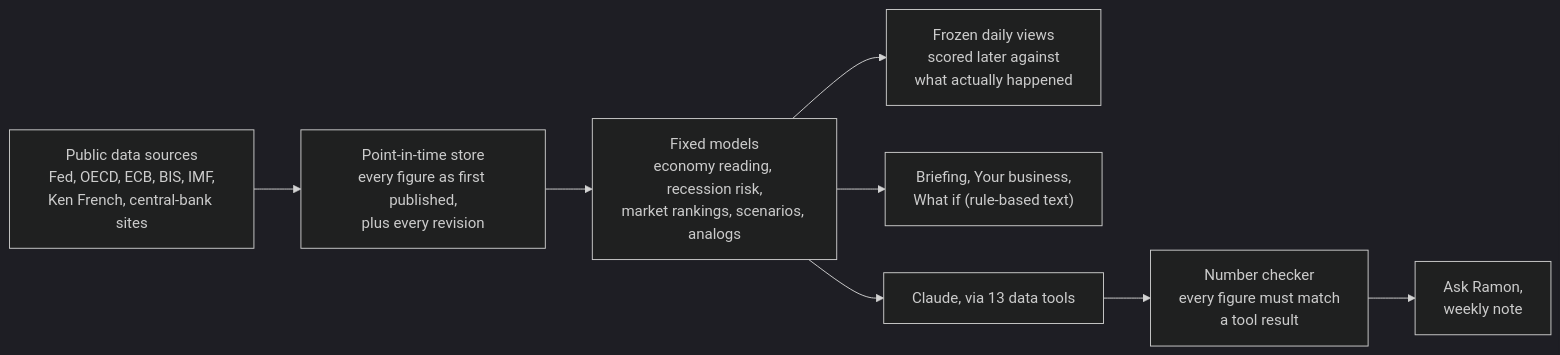
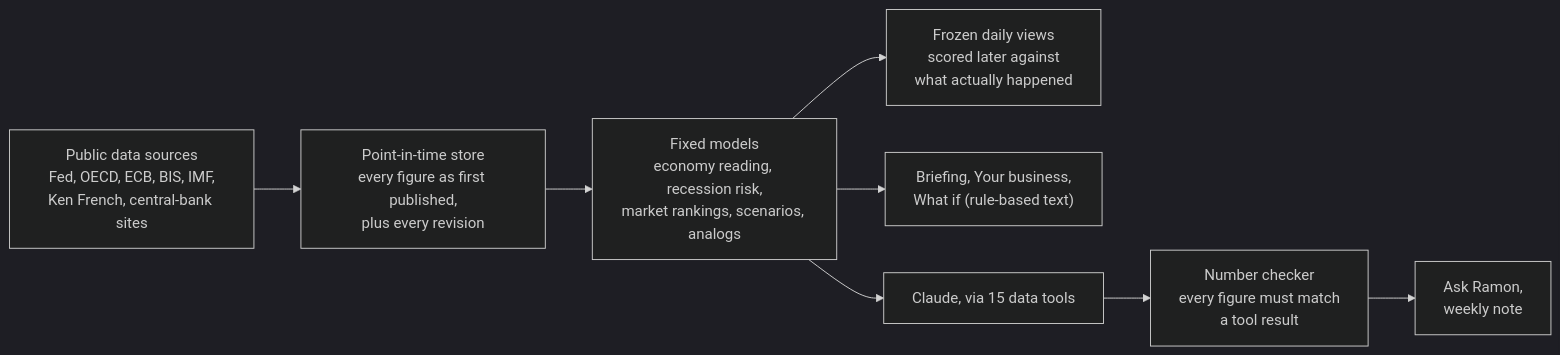
Before and after one commit to pabloapcv/quant-ai-: the diagram in README.md, drawn with Mermaid (dark theme). The commit also changed other lines of this file and 11 other files, not shown here.

````diff
--- a/README.md
+++ b/README.md
@@ -80,10 +80,10 @@
 ```mermaid
 flowchart LR
     A["Public data sources<br/>Fed, OECD, ECB, BIS, IMF,<br/>Ken French, central-bank sites"] --> B["Point-in-time store<br/>every figure as first published,<br/>plus every revision"]
     B --> C["Fixed models<br/>economy reading, recession risk,<br/>market rankings, scenarios, analogs"]
     C --> D["Frozen daily views<br/>scored later against<br/>what actually happened"]
     C --> E["Briefing, Your business,<br/>What if (rule-based text)"]
-    C --> F["Claude, via 13 data tools"]
+    C --> F["Claude, via 15 data tools"]
     F --> G["Number checker<br/>every figure must match<br/>a tool result"]
     G --> H["Ask Ramon,<br/>weekly note"]
 ```
````
